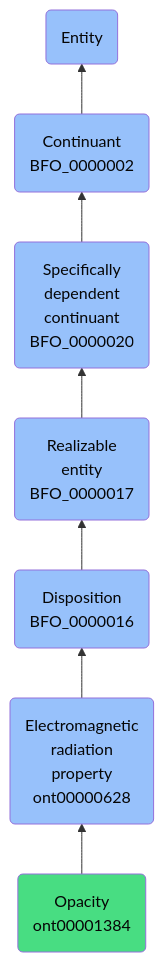
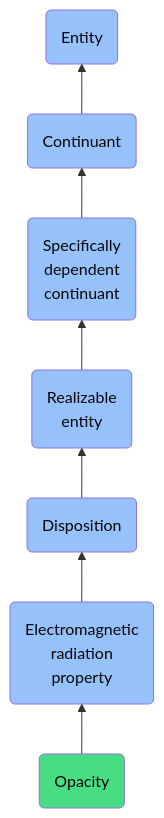
The diagram in docs/ontology/reference/model/Entity/Continuant/Specifically dependent continuant/Realizable entity/Disposition/Electromagnetic radiation property/Opacity/Opacity.md (jupyter-naas/abi), drawn with Mermaid before and after one commit. The commit also changed other lines of this file and 1430 other files, not shown here.

````diff
--- a/docs/ontology/reference/model/Entity/Continuant/Specifically dependent continuant/Realizable entity/Disposition/Electromagnetic radiation property/Opacity/Opacity.md
+++ b/docs/ontology/reference/model/Entity/Continuant/Specifically dependent continuant/Realizable entity/Disposition/Electromagnetic radiation property/Opacity/Opacity.md
@@ -24,14 +24,14 @@
 ```mermaid
 graph BT
-    ont00001384(Opacity<br>ont00001384):::ABI-->ont00000628
-    ont00000628(Electromagnetic<br>radiation<br>property<br>ont00000628):::BFO-->BFO_0000016
-    BFO_0000016(Disposition<br>BFO_0000016):::BFO-->BFO_0000017
-    BFO_0000017(Realizable<br>entity<br>BFO_0000017):::BFO-->BFO_0000020
-    BFO_0000020(Specifically<br>dependent<br>continuant<br>BFO_0000020):::BFO-->BFO_0000002
-    BFO_0000002(Continuant<br>BFO_0000002):::BFO-->BFO_0000001
+    ont00001384(Opacity):::ABI-->ont00000628
+    ont00000628(Electromagnetic<br>radiation<br>property):::BFO-->BFO_0000016
+    BFO_0000016(Disposition):::BFO-->BFO_0000017
+    BFO_0000017(Realizable<br>entity):::BFO-->BFO_0000020
+    BFO_0000020(Specifically<br>dependent<br>continuant):::BFO-->BFO_0000002
+    BFO_0000002(Continuant):::BFO-->BFO_0000001
     BFO_0000001(Entity):::BFO
     
     classDef BFO fill:#97c1fb,color:#060606
     classDef CCO fill:#e4c51e,color:#060606
     classDef ABI fill:#48DD82,color:#060606
 ```
````
